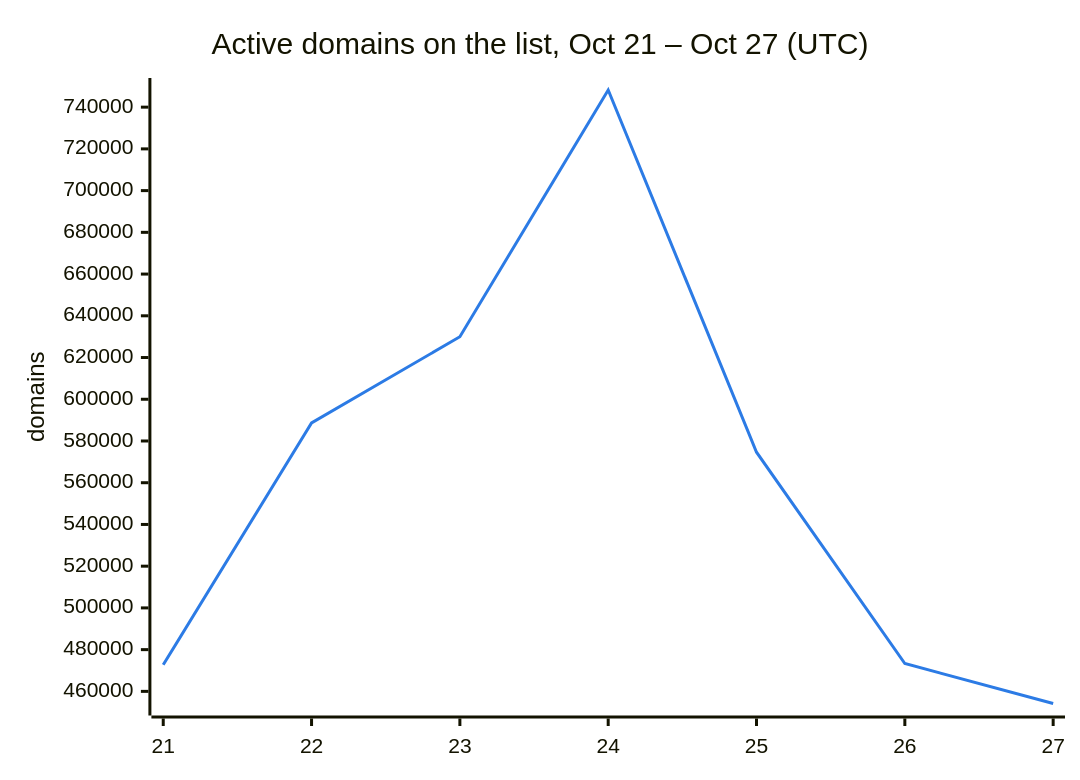
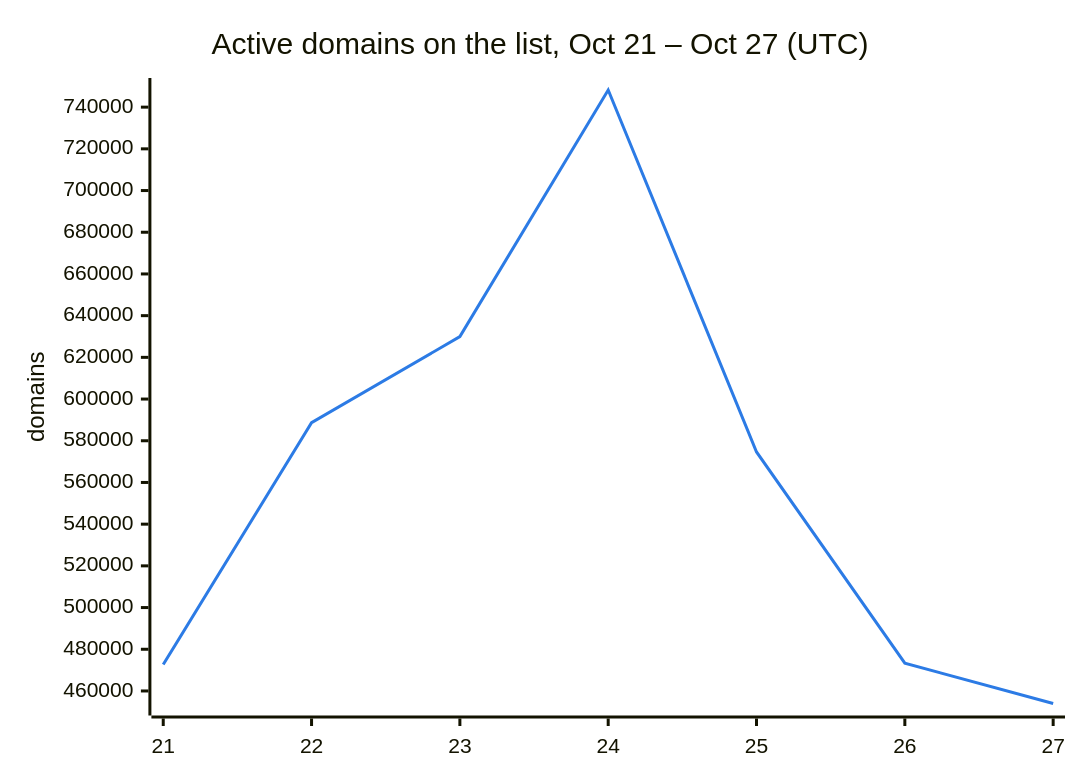
Before and after one commit to DNSBunker/CTI: the second of 3 diagrams in README.md, drawn with Mermaid. The commit also changed other lines of this file and 3 other files, not shown here.

````diff
--- a/README.md
+++ b/README.md
@@ -38,8 +38,8 @@
 ```mermaid
 %%{init: {"themeVariables": {"xyChart": {"plotColorPalette": "#2c7be5"}}}}%%
 xychart-beta
     title "Active domains on the list, Oct 21 – Oct 27 (UTC)"
     x-axis ["21", "22", "23", "24", "25", "26", "27"]
     y-axis "domains"
-    line [472713, 588659, 629951, 748222, 574614, 473331, 454183]
+    line [472713, 588659, 629951, 748222, 574614, 473331, 453988]
 ```
````
